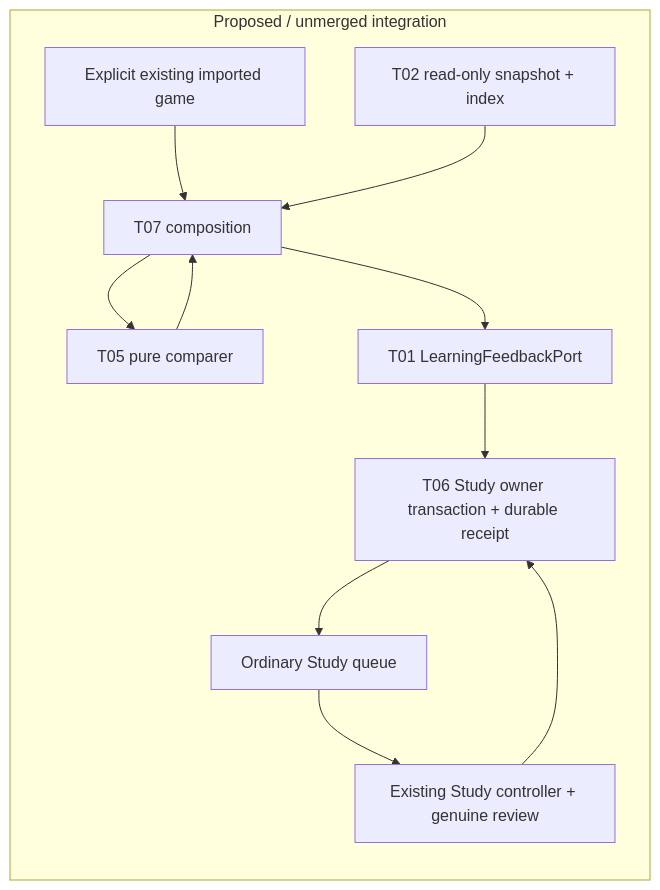
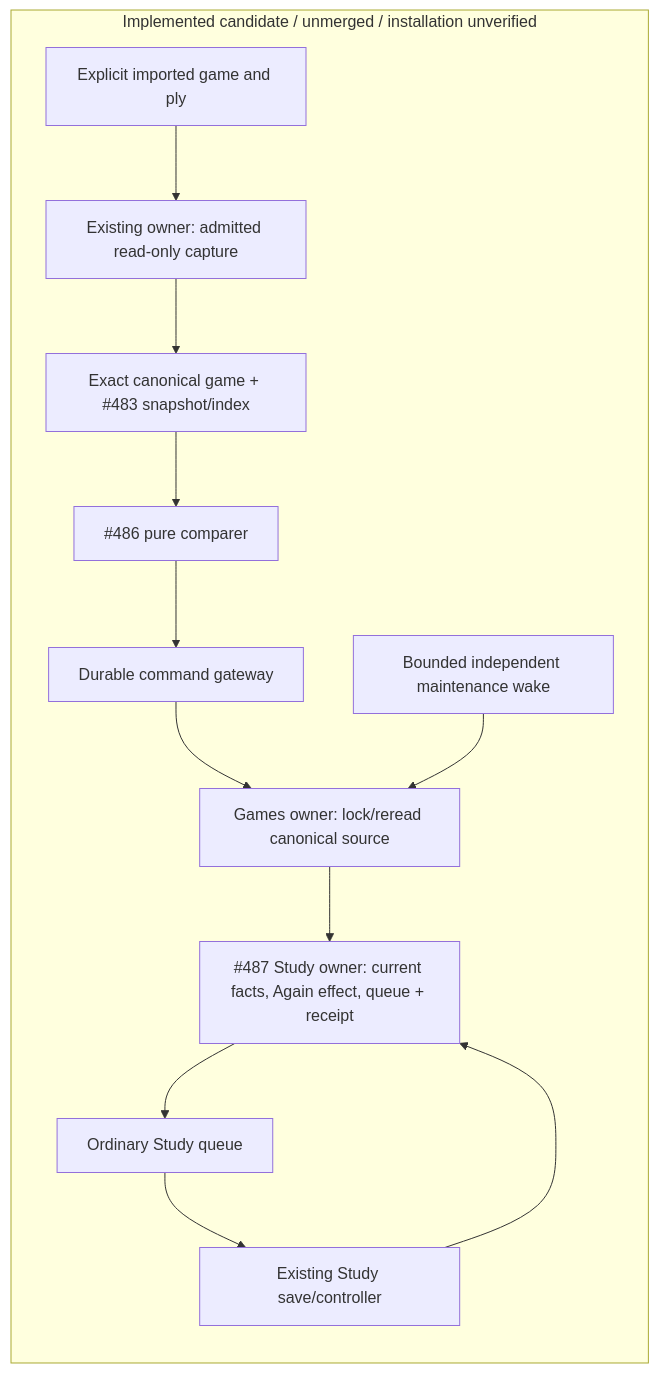
Before and after one commit to aaweaver-actuary/tempo: the diagram in backend/app/product_composition/README.md, drawn with Mermaid. The commit also changed other lines of this file and 1 other file, not shown here.

Commit message:
docs: record integration proof and exact first-slice blockers

````diff
--- a/backend/app/product_composition/README.md
+++ b/backend/app/product_composition/README.md
@@ -85,14 +58,15 @@
 ```mermaid
 flowchart LR
-  subgraph proposed["Proposed / unmerged integration"]
-    Imported["Explicit existing imported game"] --> Wiring["T07 composition"]
-    Snapshot["T02 read-only snapshot + index"] --> Wiring
-    Wiring --> Compare["T05 pure comparer"]
-    Compare --> Wiring
-    Wiring --> Port["T01 LearningFeedbackPort"]
-    Port --> Owner["T06 Study owner transaction + durable receipt"]
-    Owner --> Queue["Ordinary Study queue"]
-    Queue --> Review["Existing Study controller + genuine review"]
-    Review --> Owner
+  subgraph unmerged["Implemented candidate / unmerged / installation unverified"]
+    Selection["Explicit imported game and ply"] --> Capture["Existing owner: admitted read-only capture"]
+    Capture --> Projection["Exact canonical game + #483 snapshot/index"]
+    Projection --> Compare["#486 pure comparer"]
+    Compare --> Gateway["Durable command gateway"]
+    Gateway --> Fence["Games owner: lock/reread canonical source"]
+    Fence --> Study["#487 Study owner: current facts, Again effect, queue + receipt"]
+    Study --> Queue["Ordinary Study queue"]
+    Queue --> Review["Existing Study save/controller"]
+    Review --> Study
+    Wake["Bounded independent maintenance wake"] --> Fence
   end
 ```
````
